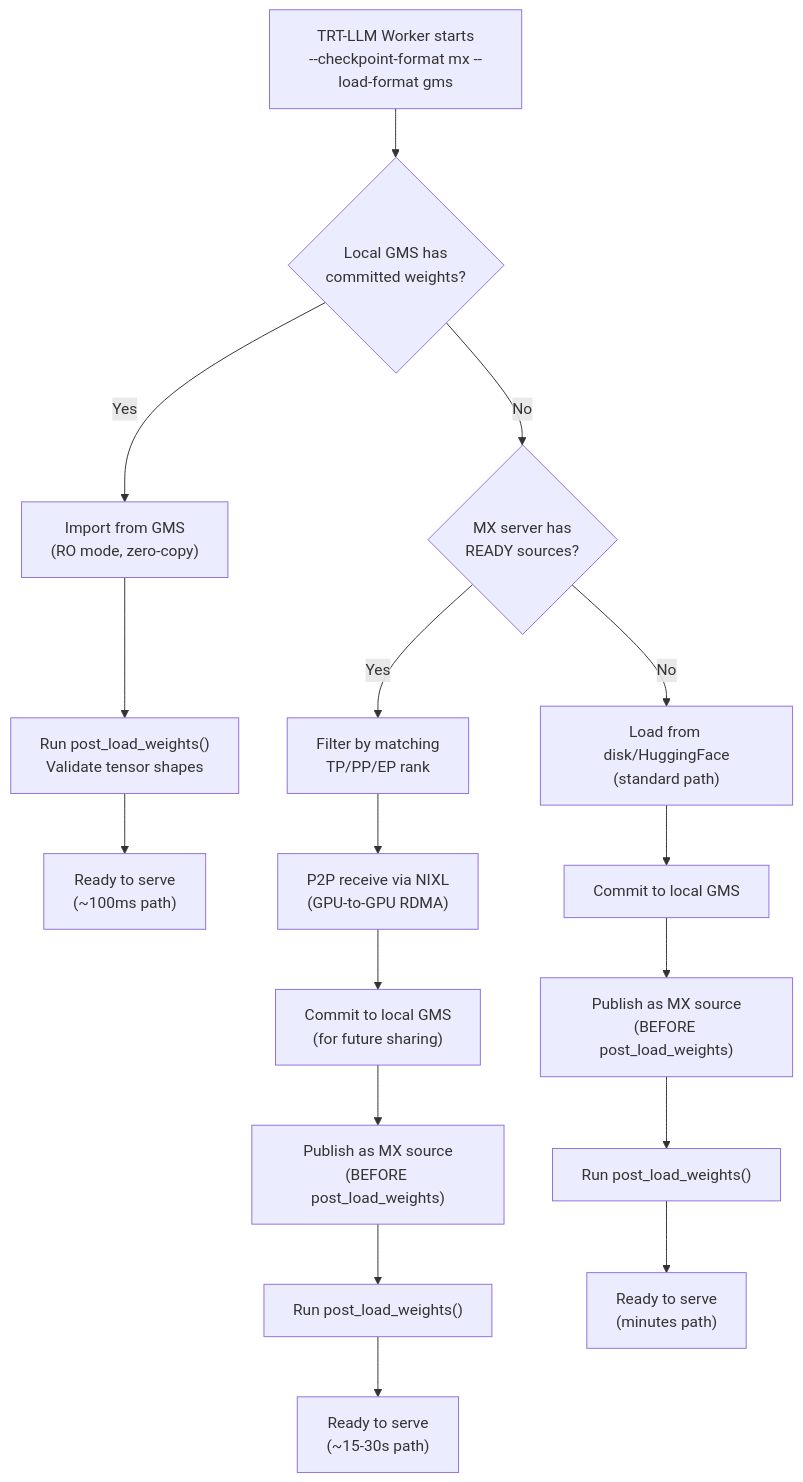
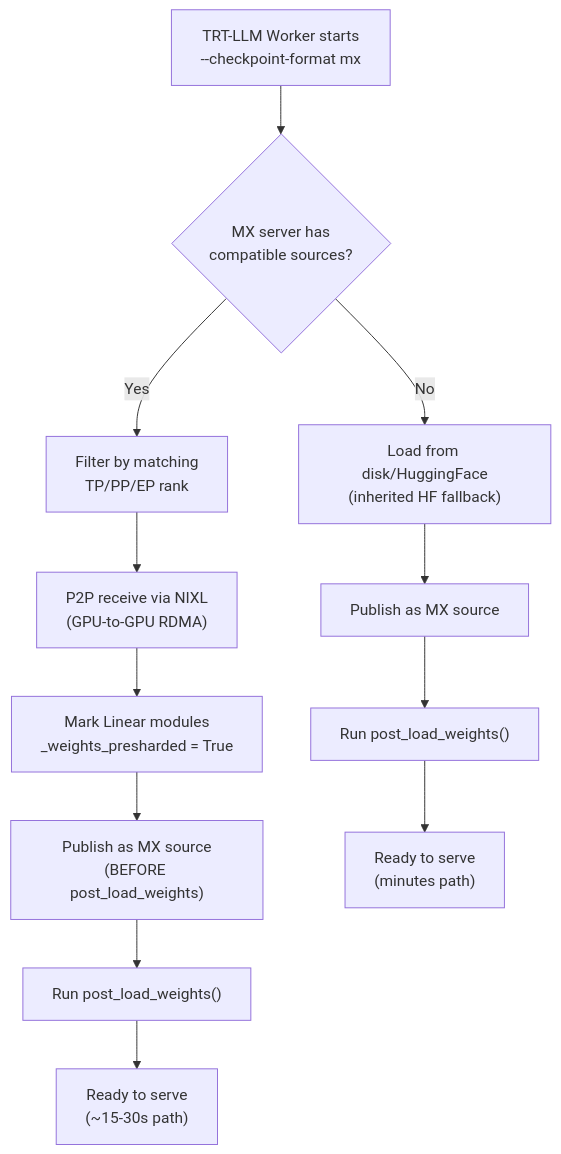
Before and after one commit to chienchunhung/TensorRT-LLM: the third of 5 diagrams in docs/design/mx-gms-integration/03-architecture.md, drawn with Mermaid. The commit also changed other lines of this file and 3 other files, not shown here.

````diff
--- a/docs/design/mx-gms-integration/03-architecture.md
+++ b/docs/design/mx-gms-integration/03-architecture.md
@@ -54,23 +73,16 @@
 ```mermaid
 flowchart TD
-    Start["TRT-LLM Worker starts<br/>--checkpoint-format mx --load-format gms"] --> CheckGMS{"Local GMS has<br/>committed weights?"}
-
-    CheckGMS -->|Yes| ImportGMS["Import from GMS<br/>(RO mode, zero-copy)"]
-    ImportGMS --> PostLoad["Run post_load_weights()<br/>Validate tensor shapes"]
-    PostLoad --> Ready["Ready to serve<br/>(~100ms path)"]
-
-    CheckGMS -->|No| QueryMX{"MX server has<br/>READY sources?"}
+    Start2["TRT-LLM Worker starts<br/>--checkpoint-format mx"] --> QueryMX{"MX server has<br/>compatible sources?"}
 
     QueryMX -->|Yes| FilterRank["Filter by matching<br/>TP/PP/EP rank"]
     FilterRank --> P2PReceive["P2P receive via NIXL<br/>(GPU-to-GPU RDMA)"]
-    P2PReceive --> CommitGMS["Commit to local GMS<br/>(for future sharing)"]
-    CommitGMS --> PublishMX["Publish as MX source<br/>(BEFORE post_load_weights)"]
-    PublishMX --> PostLoad2["Run post_load_weights()"]
-    PostLoad2 --> Ready2["Ready to serve<br/>(~15-30s path)"]
+    P2PReceive --> MarkPresharded["Mark Linear modules<br/>_weights_presharded = True"]
+    MarkPresharded --> PublishMX3["Publish as MX source<br/>(BEFORE post_load_weights)"]
+    PublishMX3 --> PostLoad4["Run post_load_weights()"]
+    PostLoad4 --> Ready3["Ready to serve<br/>(~15-30s path)"]
 
-    QueryMX -->|No| LoadDisk["Load from disk/HuggingFace<br/>(standard path)"]
-    LoadDisk --> CommitGMS2["Commit to local GMS"]
-    CommitGMS2 --> PublishMX2["Publish as MX source<br/>(BEFORE post_load_weights)"]
-    PublishMX2 --> PostLoad3["Run post_load_weights()"]
-    PostLoad3 --> Ready3["Ready to serve<br/>(minutes path)"]
+    QueryMX -->|No| LoadDisk2["Load from disk/HuggingFace<br/>(inherited HF fallback)"]
+    LoadDisk2 --> PublishMX4["Publish as MX source"]
+    PublishMX4 --> PostLoad5["Run post_load_weights()"]
+    PostLoad5 --> Ready4["Ready to serve<br/>(minutes path)"]
 ```
````
